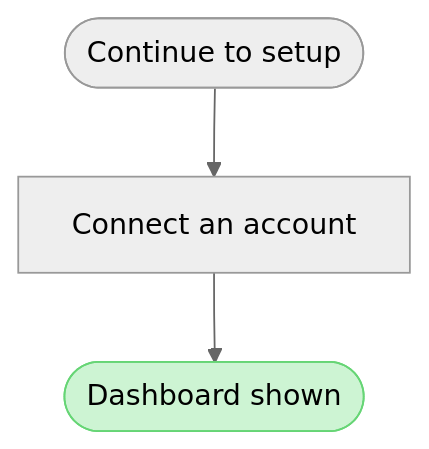
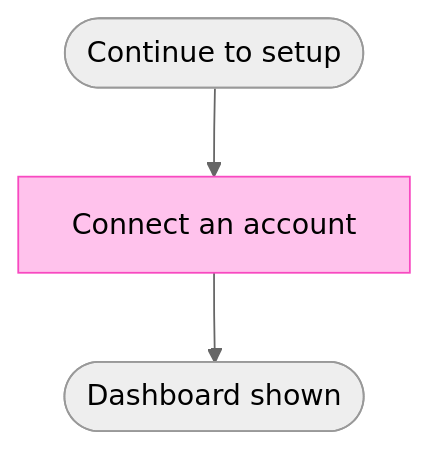
Before and after one commit to MichelKerkmeester/product-owner_create-tickets-and-stories: the sixth of 6 diagrams in sk-create-figjam/assets/flow-templates.md, drawn with Mermaid (neutral theme). The commit also changed other lines of this file and 51 other files, not shown here.

````diff
--- a/sk-create-figjam/assets/flow-templates.md
+++ b/sk-create-figjam/assets/flow-templates.md
@@ -123,6 +130,7 @@
 ```mermaid
 flowchart TD
+    %% goal: done
     handoff([Continue to setup]) --> connect[Connect an account]
     connect --> done([Dashboard shown])
-    style done fill:#CDF4D3,stroke:#66D575
+    style connect fill:#FFC2EC,stroke:#F849C1
 ```
````
